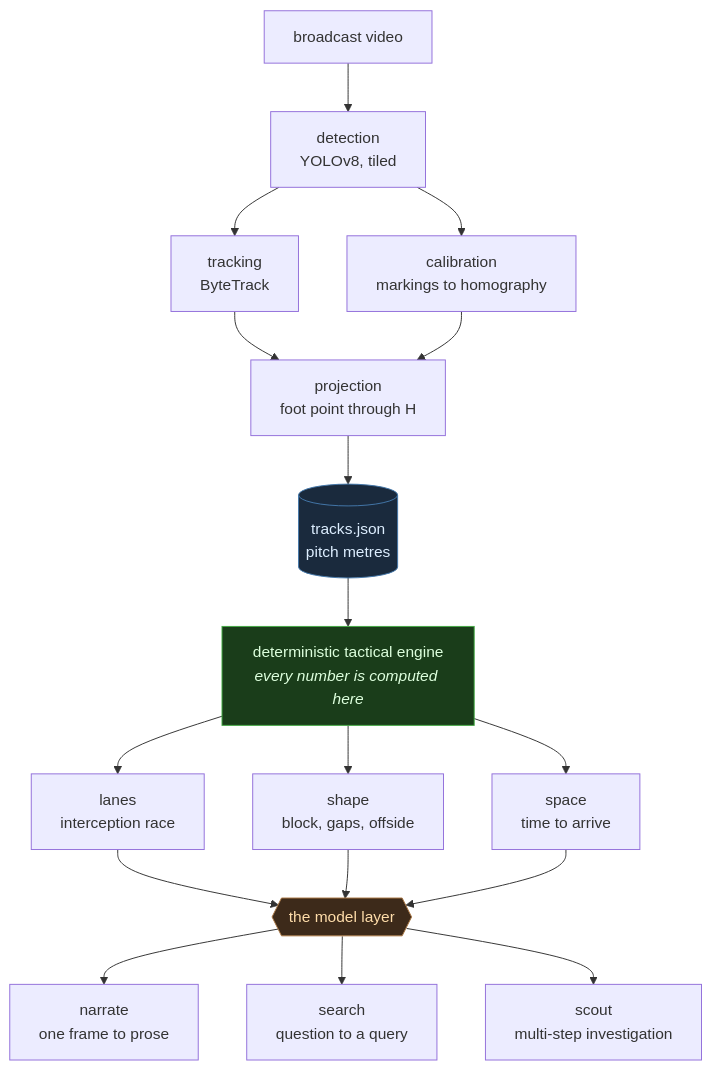
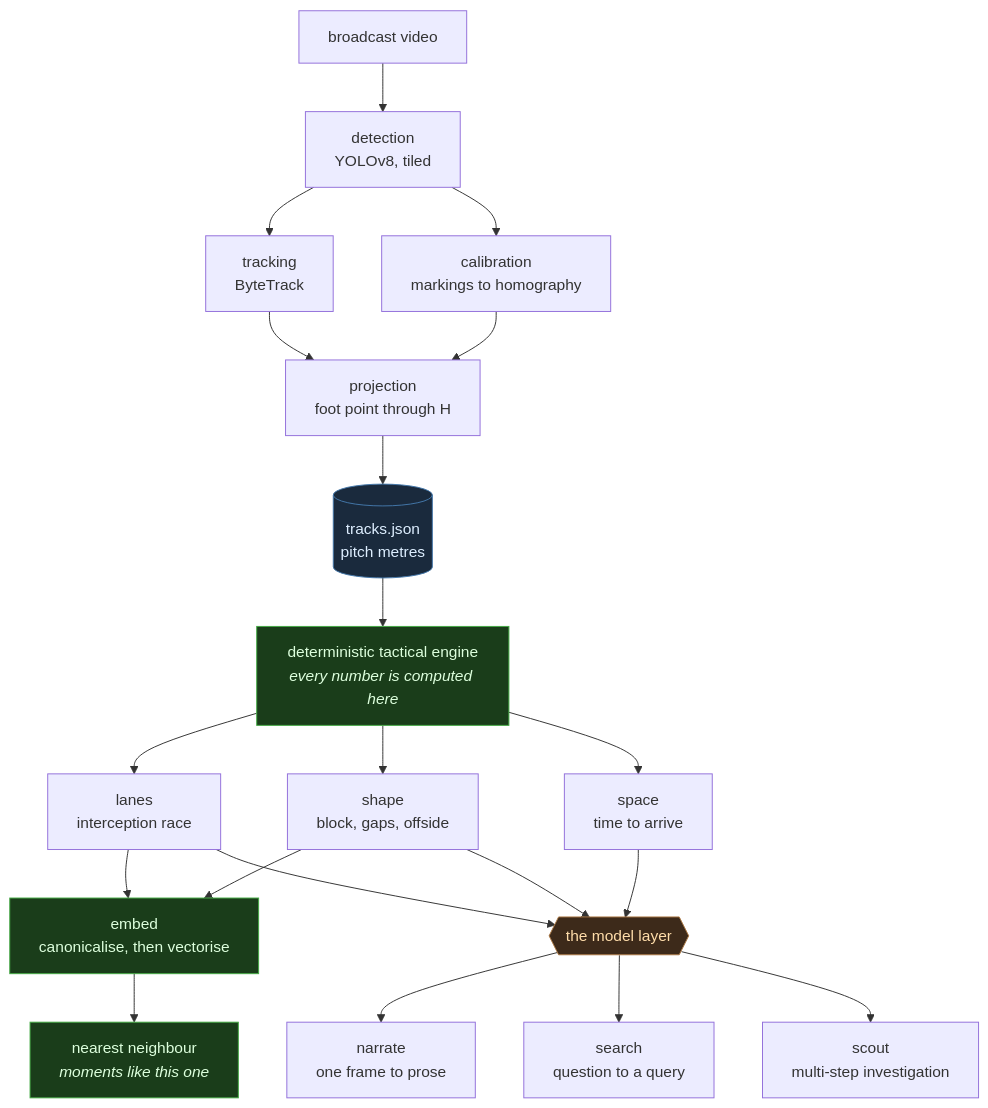
Before and after one commit to KasraSedghi/FootballVisual: the first of 2 diagrams in README.md, drawn with Mermaid. The commit also changed other lines of this file and 7 other files, not shown here.

````diff
--- a/README.md
+++ b/README.md
@@ -12,27 +12,33 @@
 ```mermaid
 flowchart TB
     V["broadcast video"] --> D["detection<br/>YOLOv8, tiled"]
     D --> T["tracking<br/>ByteTrack"]
     D --> C["calibration<br/>markings to homography"]
     T --> P["projection<br/>foot point through H"]
     C --> P
     P --> J[("tracks.json<br/>pitch metres")]
 
     J --> E["deterministic tactical engine<br/><i>every number is computed here</i>"]
 
     E --> L["lanes<br/>interception race"]
     E --> S["shape<br/>block, gaps, offside"]
     E --> SP["space<br/>time to arrive"]
 
+    L --> EM["embed<br/>canonicalise, then vectorise"]
+    S --> EM
+    EM --> NN["nearest neighbour<br/><i>moments like this one</i>"]
+
     L --> API{{"the model layer"}}
     S --> API
     SP --> API
 
     API --> A1["narrate<br/>one frame to prose"]
     API --> A2["search<br/>question to a query"]
     API --> A3["scout<br/>multi-step investigation"]
 
     style E fill:#1a3d1a,stroke:#4a4,color:#dfd
+    style EM fill:#1a3d1a,stroke:#4a4,color:#dfd
+    style NN fill:#1a3d1a,stroke:#4a4,color:#dfd
     style API fill:#3d2a1a,stroke:#a74,color:#fda
     style J fill:#1a2a3d,stroke:#47a,color:#def
 ```
````
